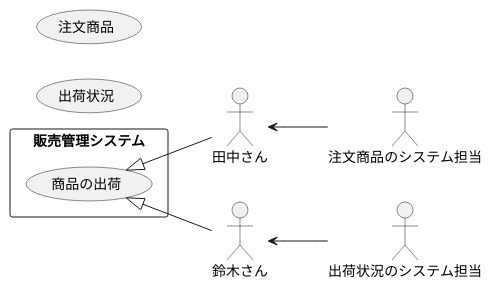
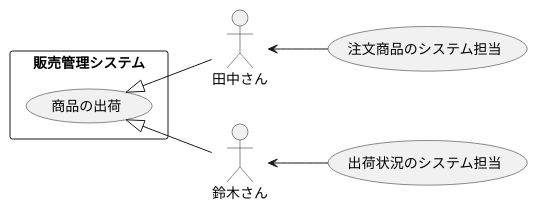
One commit to Tanifuji94/uml-introduction changed the diagram in 演習2-5_盛岡商事_販売管理システム.pu. Above: the diagram before and after it, drawn with PlantUML.

Commit message:
演習2

```diff
--- a/演習2-5_盛岡商事_販売管理システム.pu
+++ b/演習2-5_盛岡商事_販売管理システム.pu
@@ -1,16 +1,16 @@
 @startuml 演習2―5
 left to right direction
 actor 田中さん
 actor 鈴木さん
-usecase 出荷状況
-usecase 注文商品
+usecase 出荷状況のシステム担当
+usecase 注文商品のシステム担当
 
 rectangle 販売管理システム{
     usecase 商品の出荷    
 }
 商品の出荷 <|-- 田中さん 
 商品の出荷 <|-- 鈴木さん
 田中さん <-- 注文商品のシステム担当
 鈴木さん <-- 出荷状況のシステム担当
     
 @enduml
```
